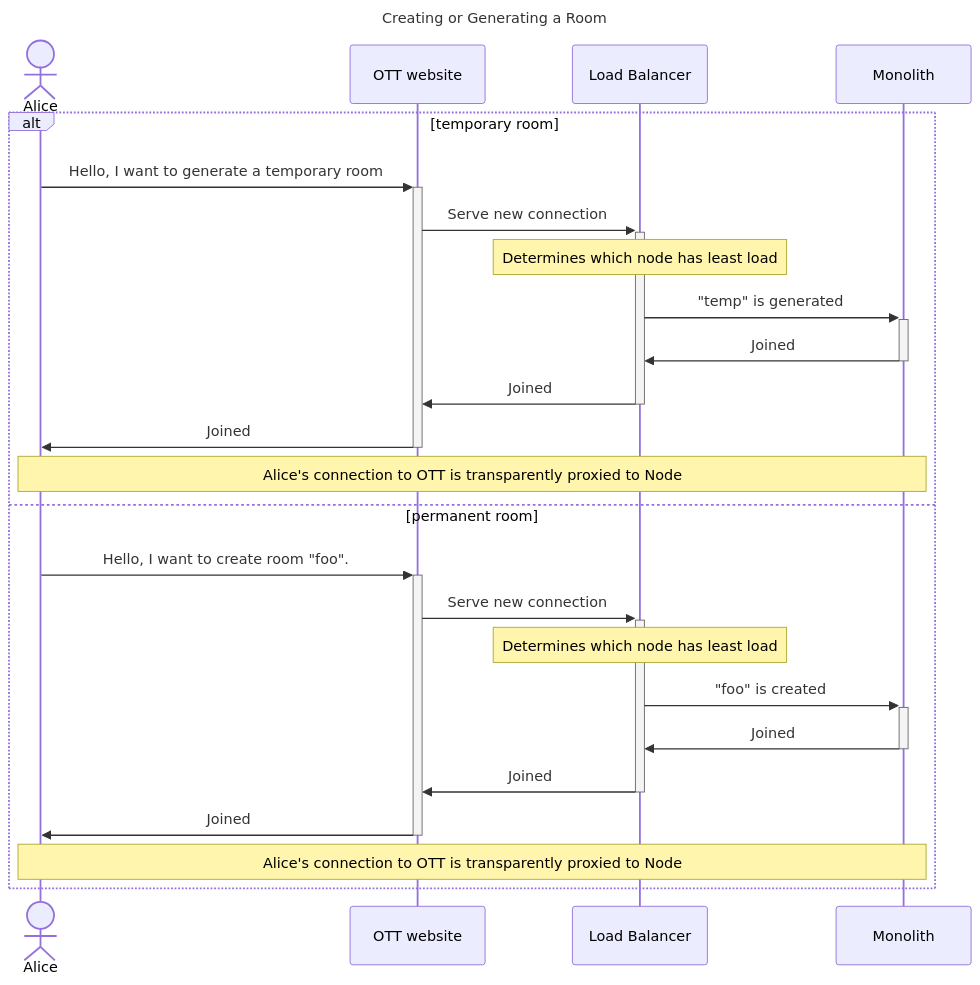
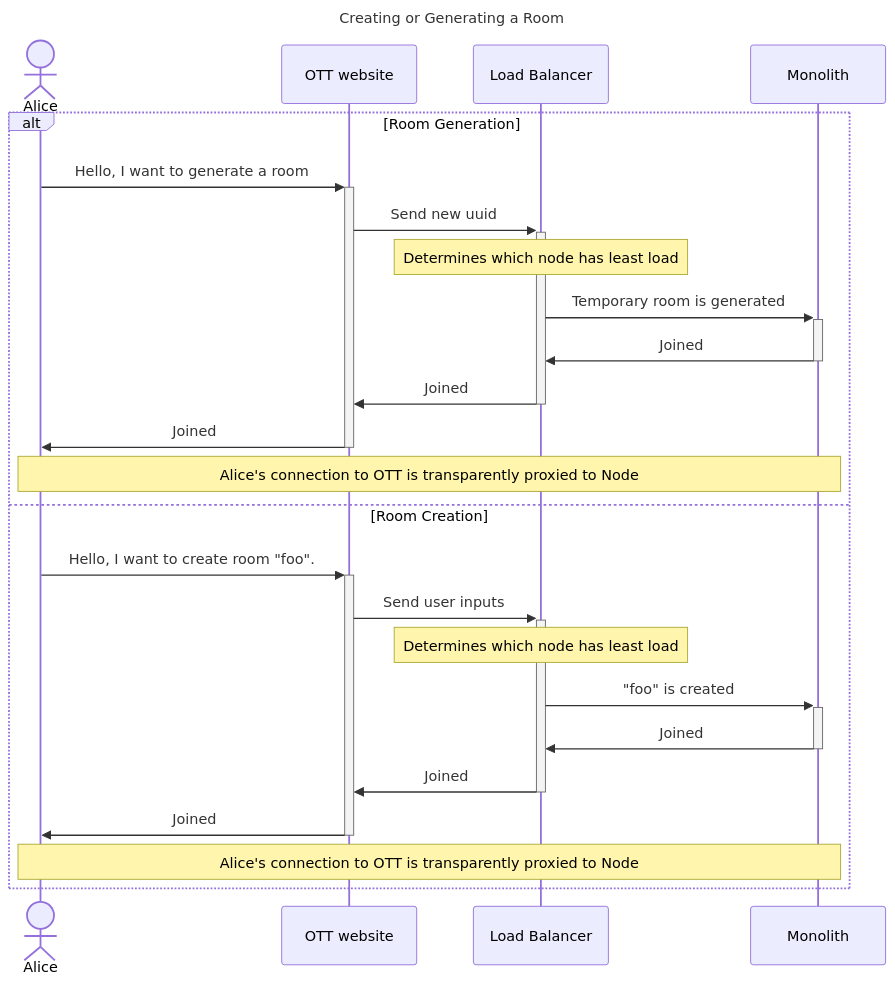
The diagram in final-project/Figures/create-room-diag.mmd (dyc3/ssw345-group-assignments), drawn with Mermaid before and after one commit. The commit also changed 1 other file, not shown here.

Commit message:
updated room creation specifications

```diff
--- a/final-project/Figures/create-room-diag.mmd
+++ b/final-project/Figures/create-room-diag.mmd
@@ -1,27 +1,27 @@
 ---
 title: Creating or Generating a Room
 ---
 sequenceDiagram
     actor Alice
     participant OTT as OTT website
     participant L as Load Balancer
     participant N as Monolith
-    alt temporary room
-    Alice->>+OTT: Hello, I want to generate a temporary room
-    OTT->>+L: Serve new connection
+    alt Room Generation
+    Alice->>+OTT: Hello, I want to generate a room
+    OTT->>+L: Send new uuid
     Note over L: Determines which node has least load
-    L->>+N: "temp" is generated
+    L->>+N: Temporary room is generated
     N->>-L: Joined
     L->>-OTT: Joined
     OTT->>-Alice: Joined
     Note over Alice,N: Alice's connection to OTT is transparently proxied to Node
-    else permanent room
+    else Room Creation
     Alice->>+OTT: Hello, I want to create room "foo".
-    OTT->>+L: Serve new connection
+    OTT->>+L: Send user inputs
     Note over L: Determines which node has least load
     L->>+N: "foo" is created
     N->>-L: Joined
     L->>-OTT: Joined
     OTT->>-Alice: Joined
     Note over Alice,N: Alice's connection to OTT is transparently proxied to Node
     end
```
